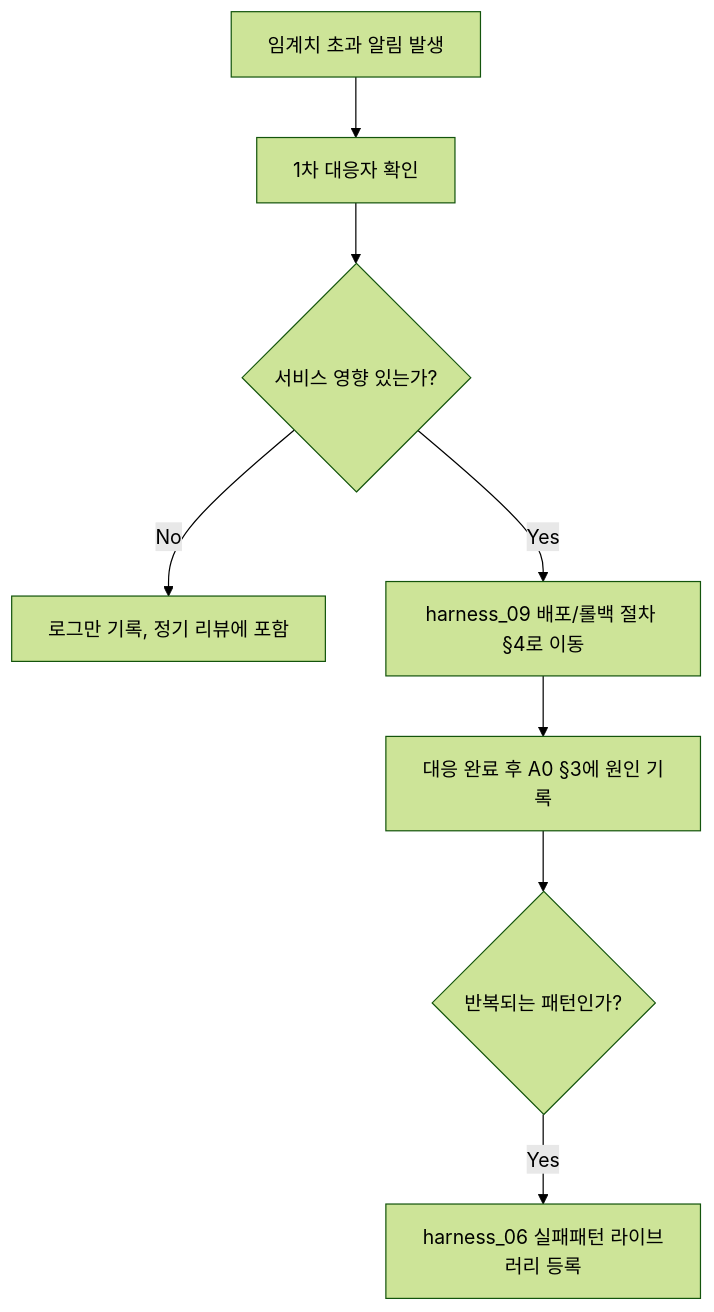
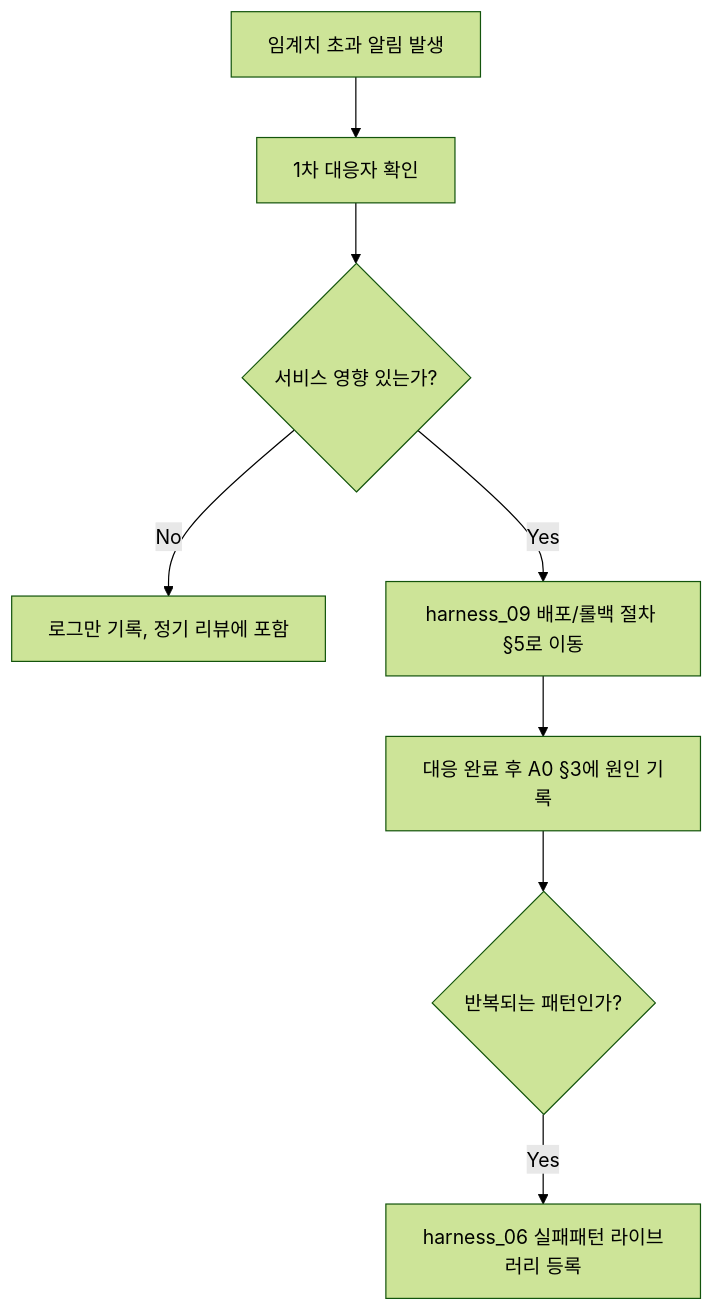
Before and after one commit to jcs19752510-ui/HARNESS_BASIC: the diagram in harness/harness_17_monitoring.md, drawn with Mermaid (forest theme). The commit also changed 13 other files, not shown here.

````diff
--- a/harness/harness_17_monitoring.md
+++ b/harness/harness_17_monitoring.md
@@ -25,10 +25,10 @@
 ```mermaid
 flowchart TD
     A[임계치 초과 알림 발생] --> B[1차 대응자 확인]
     B --> C{서비스 영향 있는가?}
     C -- No --> D[로그만 기록, 정기 리뷰에 포함]
-    C -- Yes --> E[harness_09 배포/롤백 절차 §4로 이동]
+    C -- Yes --> E[harness_09 배포/롤백 절차 §5로 이동]
     E --> F[대응 완료 후 A0 §3에 원인 기록]
     F --> G{반복되는 패턴인가?}
     G -- Yes --> H[harness_06 실패패턴 라이브러리 등록]
 ```
````
